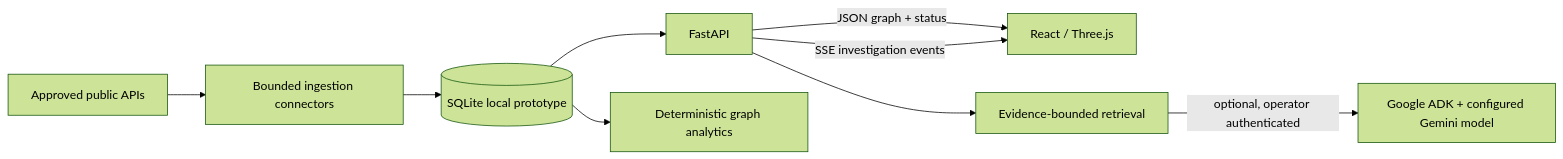
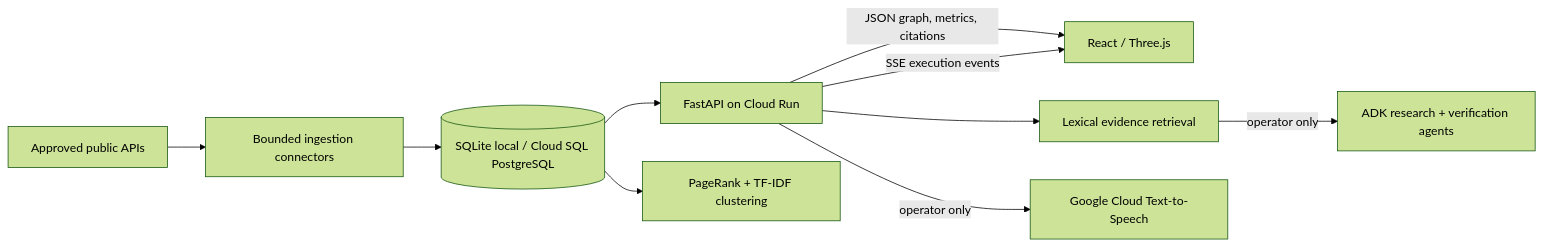
One commit to morganb2412/neuromesh-ai changed the diagram in docs/architecture/system.md. Above: the diagram before and after it, drawn with Mermaid (forest theme). The commit also changed other lines of this file and 4 other files, not shown here.

Commit message:
Document verified Observatory and staged Google Cloud cost gate

````diff
--- a/docs/architecture/system.md
+++ b/docs/architecture/system.md
@@ -3,11 +3,12 @@
 ```mermaid
 flowchart LR
   Sources[Approved public APIs] --> Sync[Bounded ingestion connectors]
-  Sync --> Store[(SQLite local prototype)]
-  Store --> API[FastAPI]
-  API -->|JSON graph + status| Web[React / Three.js]
-  API -->|SSE investigation events| Web
-  API --> Search[Evidence-bounded retrieval]
-  Search -->|optional, operator authenticated| ADK[Google ADK + configured Gemini model]
-  Store --> Analytics[Deterministic graph analytics]
+  Sync --> DB[(SQLite local / Cloud SQL PostgreSQL)]
+  DB --> API[FastAPI on Cloud Run]
+  API -->|JSON graph, metrics, citations| Web[React / Three.js]
+  API -->|SSE execution events| Web
+  API --> Search[Lexical evidence retrieval]
+  Search -->|operator only| ADK[ADK research + verification agents]
+  API -->|operator only| TTS[Google Cloud Text-to-Speech]
+  DB --> Analytics[PageRank + TF-IDF clustering]
 ```
````
